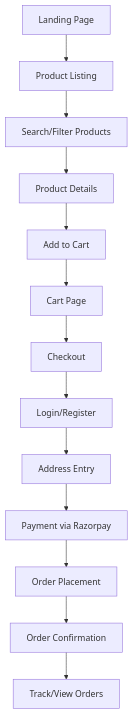
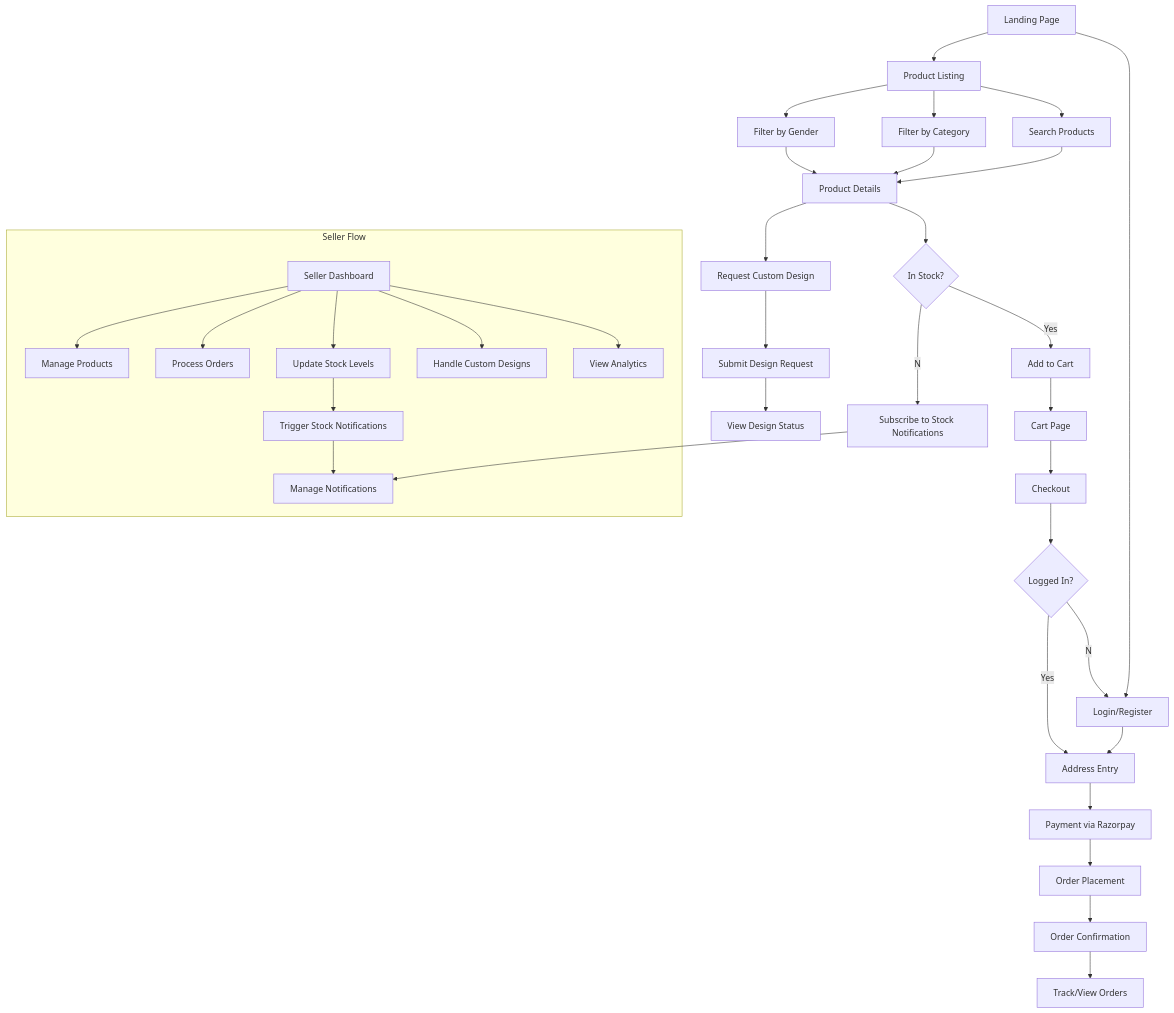
Before and after one commit to gowthamgsakthivel/clothing-site: the diagram in USER_FLOW_DIAGRAM.md, drawn with Mermaid. The commit also changed other lines of this file and 136 other files, not shown here.

Commit message:
added custom design

````diff
--- a/USER_FLOW_DIAGRAM.md
+++ b/USER_FLOW_DIAGRAM.md
@@ -4,15 +4,50 @@
 ```mermaid
 flowchart TD
     A[Landing Page] --> B[Product Listing]
-    B --> B1[Search/Filter Products]
+    A --> Z[Login/Register]
+    
+    B --> B1[Search Products]
+    B --> B2[Filter by Category]
+    B --> B3[Filter by Gender]
     B1 --> C[Product Details]
-    C --> D[Add to Cart]
+    B2 --> C
+    B3 --> C
+    
+    C --> D1{In Stock?}
+    D1 --Yes--> D[Add to Cart]
+    D1 --No--> N1[Subscribe to Stock Notifications]
+    N1 --> N2[Manage Notifications]
+    
+    C --> P1[Request Custom Design]
+    P1 --> P2[Submit Design Request]
+    P2 --> P3[View Design Status]
+    
     D --> E[Cart Page]
     E --> F[Checkout]
-    F --> G[Login/Register]
-    G --> H[Address Entry]
+    F --> G{Logged In?}
+    G --No--> Z
+    Z --> H
+    G --Yes--> H[Address Entry]
     H --> I[Payment via Razorpay]
     I --> J[Order Placement]
     J --> K[Order Confirmation]
     K --> L[Track/View Orders]
+    
+    subgraph Seller Flow
+        S1[Seller Dashboard]
+        S2[Manage Products]
+        S3[Process Orders]
+        S4[Update Stock Levels]
+        S5[Handle Custom Designs]
+        S6[View Analytics]
+        
+        S1 --> S2
+        S1 --> S3
+        S1 --> S4
+        S1 --> S5
+        S1 --> S6
+        
+        S4 --> N3[Trigger Stock Notifications]
+        N3 --> N2
+    end
 ```
````
